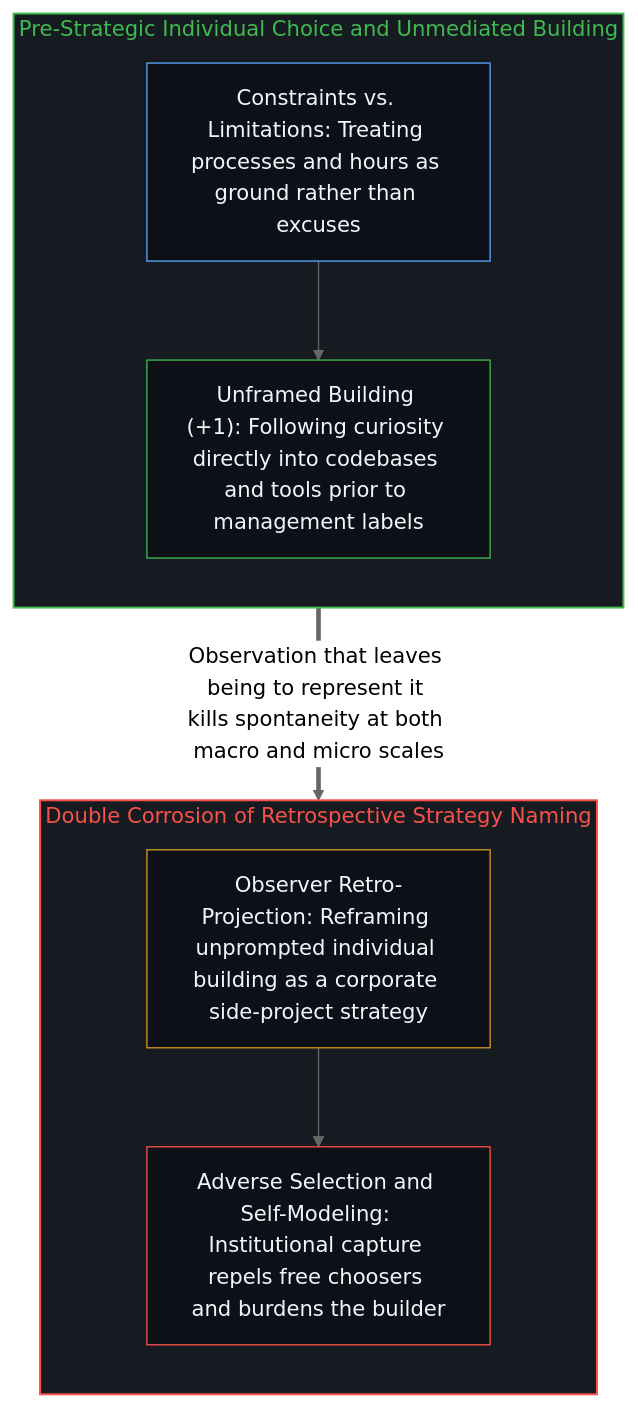
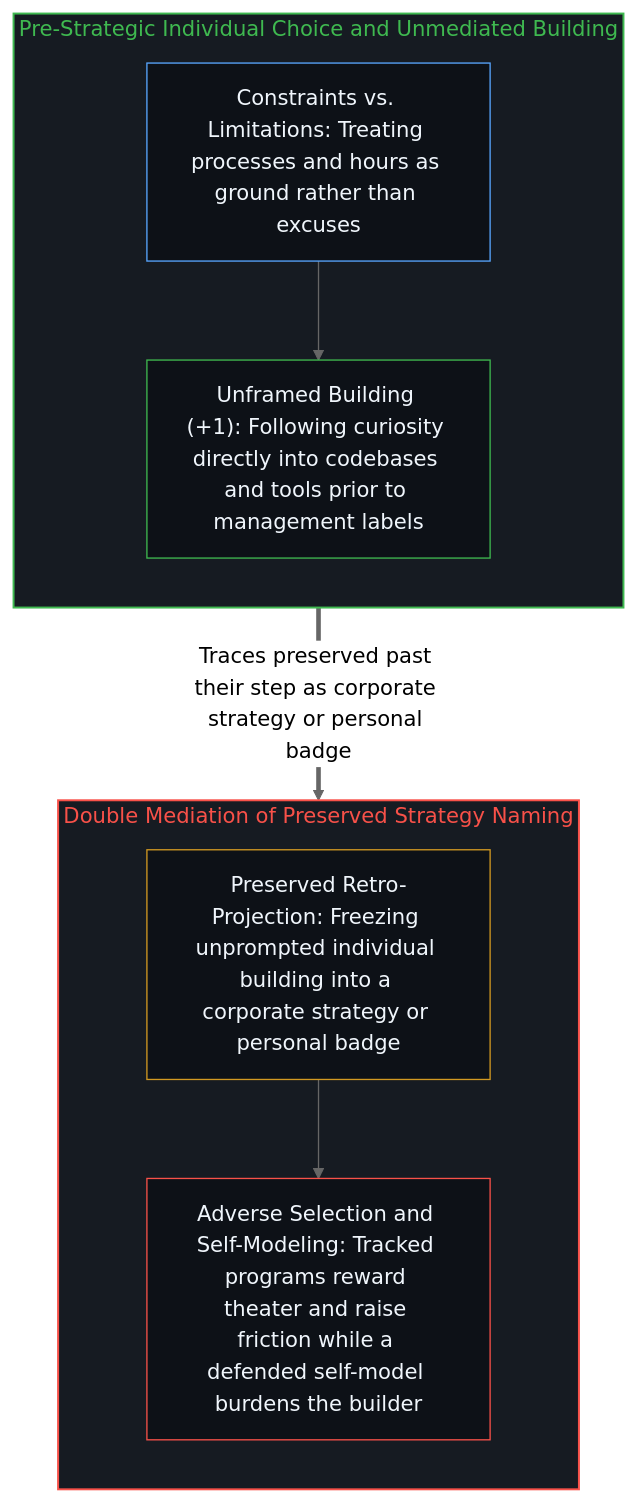
One commit to powerpig99/not-a-toe changed the second of 2 diagrams in content/posts/the-strategy-that-wasnt.md. Above: the diagram before and after it, drawn with Mermaid (neutral theme). The commit also changed other lines of this file and 9 other files, not shown here.

````diff
--- a/content/posts/the-strategy-that-wasnt.md
+++ b/content/posts/the-strategy-that-wasnt.md
@@ -42,22 +42,22 @@
 ```mermaid
 flowchart TD
     subgraph S_Act["Pre-Strategic Individual Choice and Unmediated Building"]
         direction TB
         Fact["Constraints vs. Limitations: Treating processes and hours as ground rather than excuses"]
         Build["Unframed Building (+1): Following curiosity directly into codebases and tools prior to management labels"]
         Fact --> Build
     end
-    subgraph S_Strat["Double Corrosion of Retrospective Strategy Naming"]
+    subgraph S_Strat["Double Mediation of Preserved Strategy Naming"]
         direction TB
-        Retro["Observer Retro-Projection: Reframing unprompted individual building as a corporate side-project strategy"]
-        Adverse["Adverse Selection and Self-Modeling: Institutional capture repels free choosers and burdens the builder"]
+        Retro["Preserved Retro-Projection: Freezing unprompted individual building into a corporate strategy or personal badge"]
+        Adverse["Adverse Selection and Self-Modeling: Tracked programs reward theater and raise friction while a defended self-model burdens the builder"]
         Retro --> Adverse
     end
-    Build ==>|"Observation that leaves being to represent it kills spontaneity at both macro and micro scales"| Retro
+    Build ==>|"Traces preserved past their step as corporate strategy or personal badge"| Retro
     style S_Act fill:#161b22,stroke:#3fb950,stroke-width:1.5px,color:#3fb950
     style S_Strat fill:#161b22,stroke:#f85149,stroke-width:1.5px,color:#f85149
     style Fact fill:#0d1117,stroke:#58a6ff,stroke-width:1px,color:#f0f6fc
     style Build fill:#0d1117,stroke:#3fb950,stroke-width:1px,color:#f0f6fc
     style Retro fill:#0d1117,stroke:#d29922,stroke-width:1px,color:#f0f6fc
     style Adverse fill:#0d1117,stroke:#f85149,stroke-width:1px,color:#f0f6fc
 ```
````
